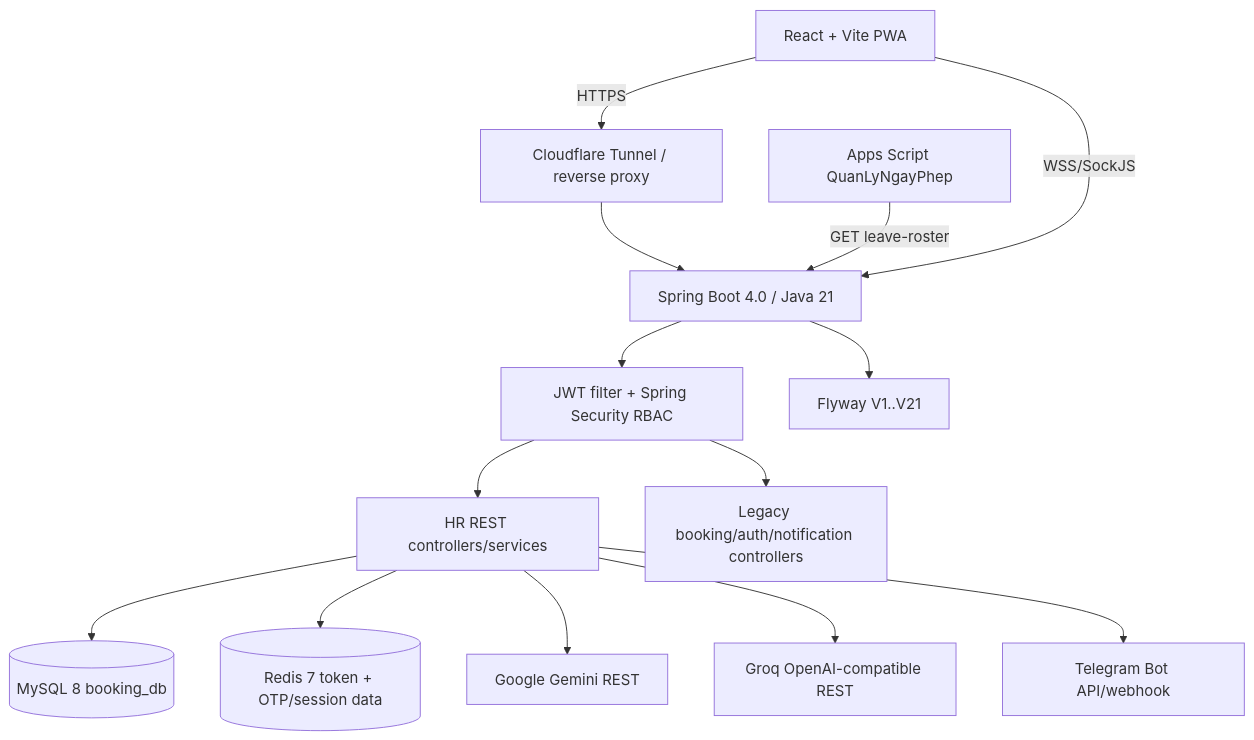
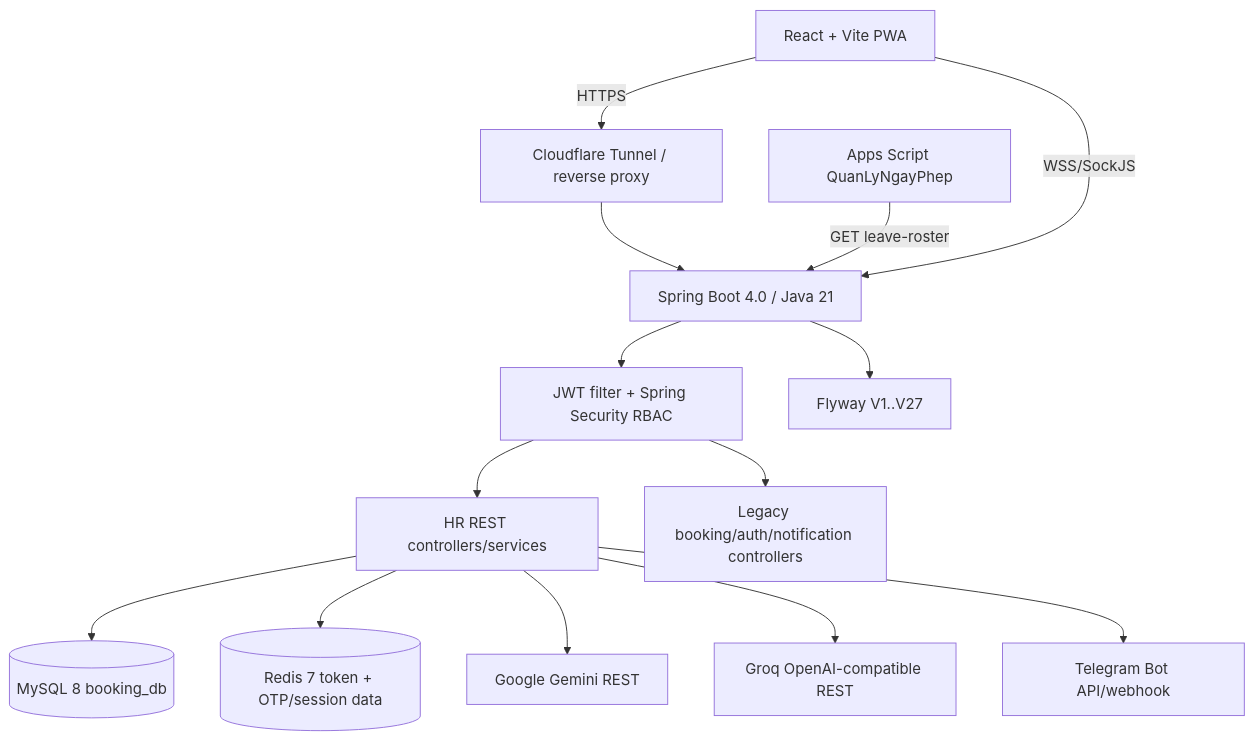
One commit to ThuanNgcodelor/CFCBase changed the diagram in documents/PROJECT_MASTER_CONTEXT.md. Above: the diagram before and after it, drawn with Mermaid. The commit also changed other lines of this file and 44 other files, not shown here.

````diff
--- a/documents/PROJECT_MASTER_CONTEXT.md
+++ b/documents/PROJECT_MASTER_CONTEXT.md
@@ -25,16 +25,16 @@
 ```mermaid
 flowchart TB
     Browser[React + Vite PWA] -->|HTTPS| Tunnel[Cloudflare Tunnel / reverse proxy]
     Tunnel --> Backend[Spring Boot 4.0 / Java 21]
     Backend --> Security[JWT filter + Spring Security RBAC]
     Security --> HR[HR REST controllers/services]
     Security --> Legacy[Legacy booking/auth/notification controllers]
     HR --> MySQL[(MySQL 8 booking_db)]
     HR --> Redis[(Redis 7 token + OTP/session data)]
-    Backend --> Flyway[Flyway V1..V21]
+    Backend --> Flyway[Flyway V1..V27]
     HR --> Gemini[Google Gemini REST]
     HR --> Groq[Groq OpenAI-compatible REST]
     HR --> Telegram[Telegram Bot API/webhook]
     AppScript[Apps Script QuanLyNgayPhep] -->|GET leave-roster| Backend
     Browser -->|WSS/SockJS| Backend
 ```
````
